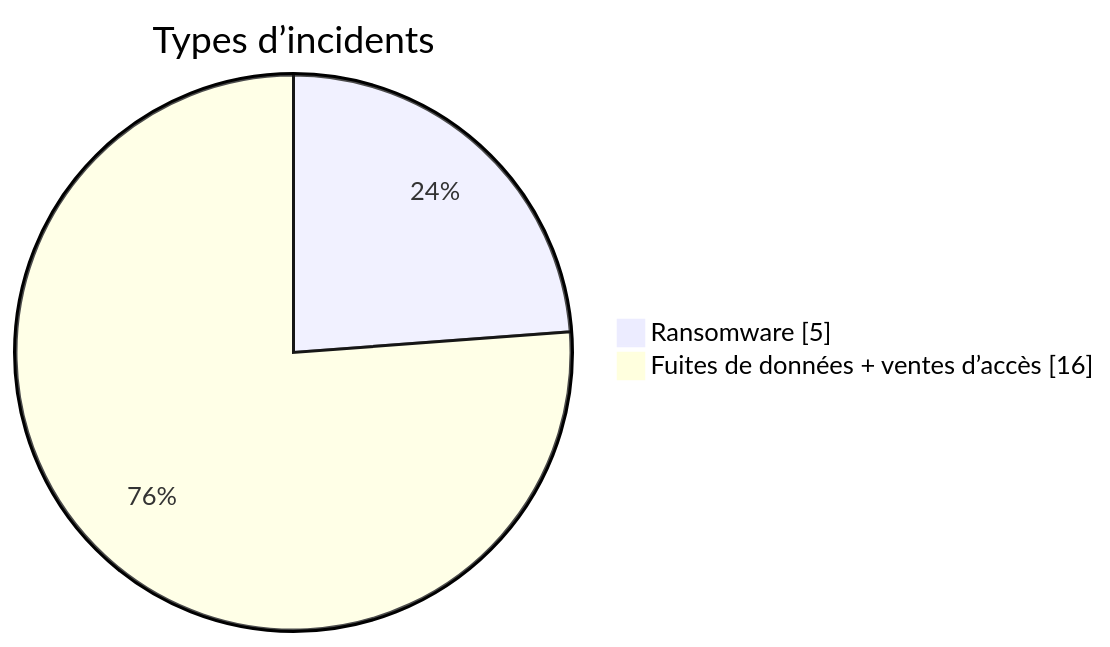
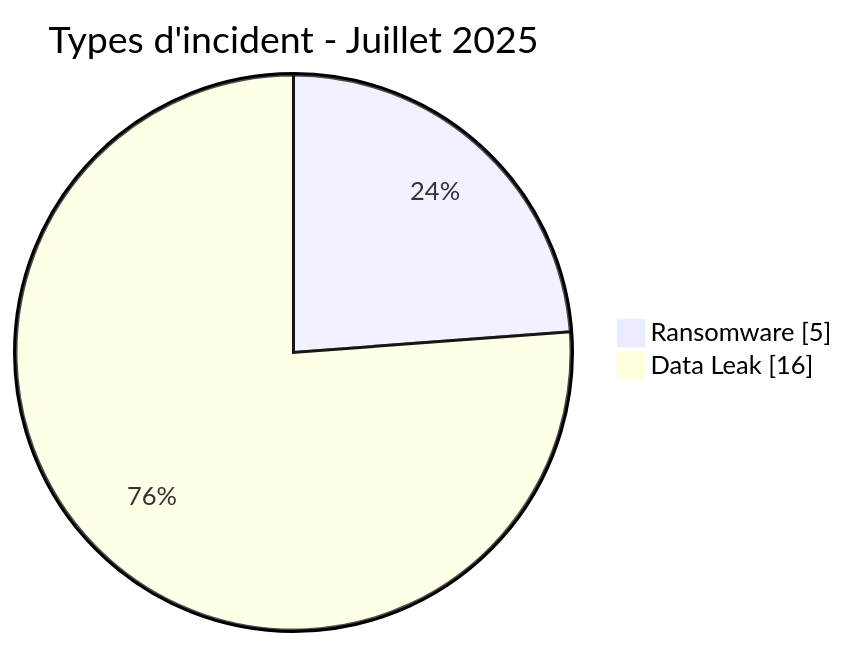
Before and after one commit to Hatchepsoute/AFRINTEL: the first of 3 diagrams in CyberAttackAfrica/2025/07-july/README_FR.md, drawn with Mermaid. The commit also changed other lines of this file and 35 other files, not shown here.

````diff
--- a/CyberAttackAfrica/2025/07-july/README_FR.md
+++ b/CyberAttackAfrica/2025/07-july/README_FR.md
@@ -145,6 +71,6 @@
 ```mermaid
 pie showData
-    title Types d’incidents
+    title Types d'incident - Juillet 2025
     "Ransomware" : 5
-    "Fuites de données + ventes d’accès" : 16
+    "Data Leak" : 16
 ```
````
